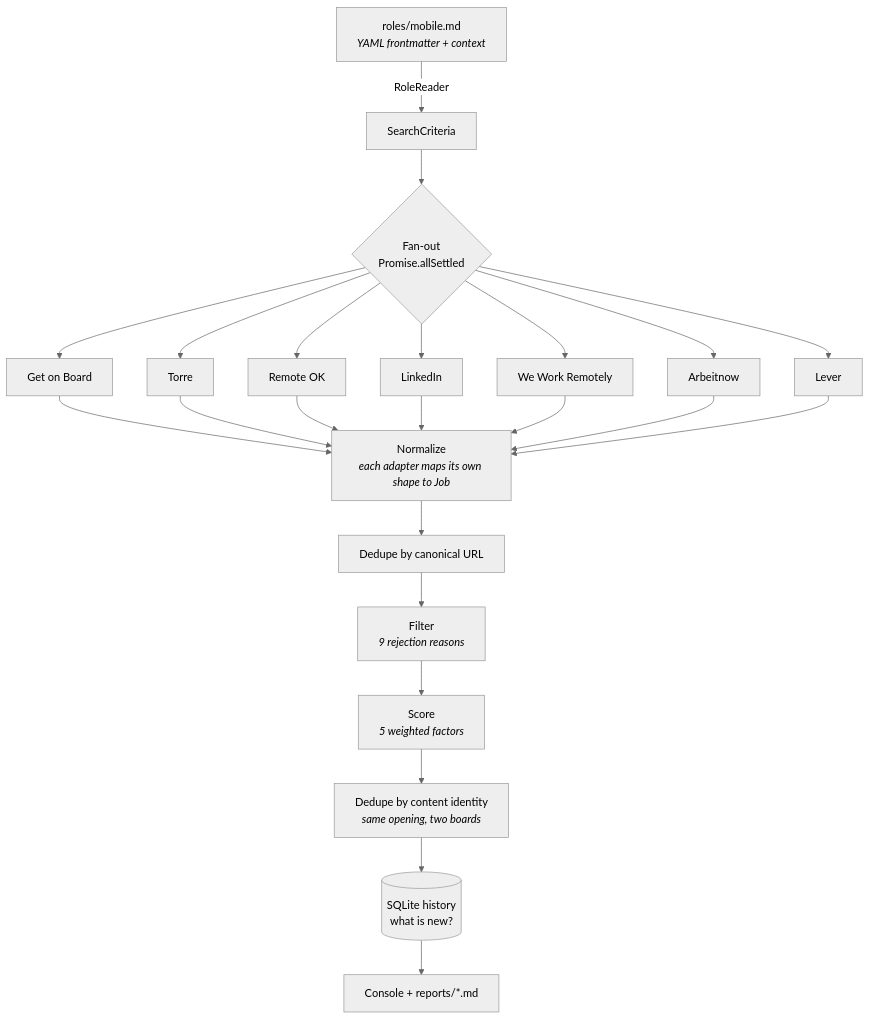
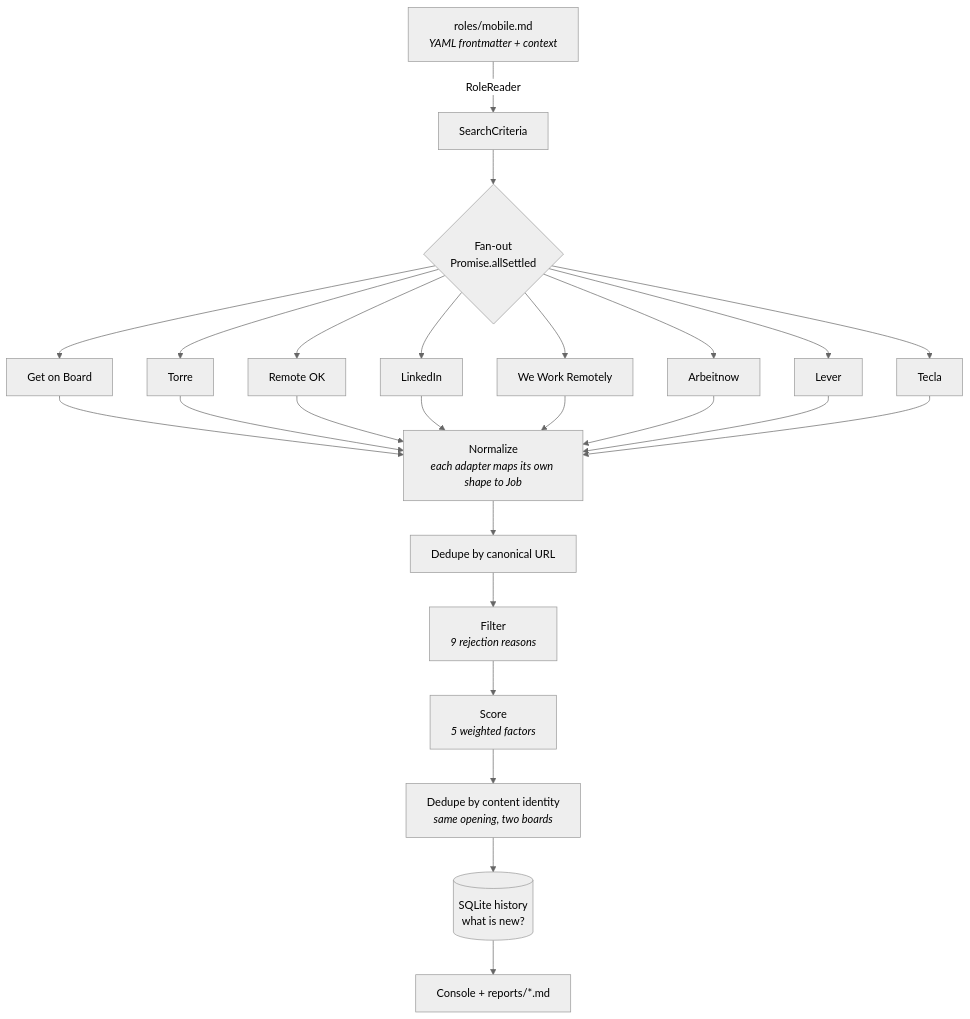
The first of 6 diagrams in docs/ARCHITECTURE.md (jesersu/searchJob), drawn with Mermaid (neutral theme) before and after one commit. The commit also changed other lines of this file and 6 other files, not shown here.

````diff
--- a/docs/ARCHITECTURE.md
+++ b/docs/ARCHITECTURE.md
@@ -26,21 +26,22 @@
 ```mermaid
 flowchart TD
     A["roles/mobile.md<br/><i>YAML frontmatter + context</i>"] -->|RoleReader| B["SearchCriteria"]
     B --> C{"Fan-out<br/>Promise.allSettled"}
 
     C --> S1["Get on Board"]
     C --> S2["Torre"]
     C --> S3["Remote OK"]
     C --> S4["LinkedIn"]
     C --> S5["We Work Remotely"]
     C --> S6["Arbeitnow"]
     C --> S7["Lever"]
+    C --> S8["Tecla"]
 
-    S1 & S2 & S3 & S4 & S5 & S6 & S7 --> N["Normalize<br/><i>each adapter maps its own shape to Job</i>"]
+    S1 & S2 & S3 & S4 & S5 & S6 & S7 & S8 --> N["Normalize<br/><i>each adapter maps its own shape to Job</i>"]
     N --> D1["Dedupe by canonical URL"]
     D1 --> F["Filter<br/><i>9 rejection reasons</i>"]
     F --> R["Score<br/><i>5 weighted factors</i>"]
     R --> D2["Dedupe by content identity<br/><i>same opening, two boards</i>"]
     D2 --> H[("SQLite history<br/>what is new?")]
     H --> O["Console + reports/*.md"]
 ```
````
